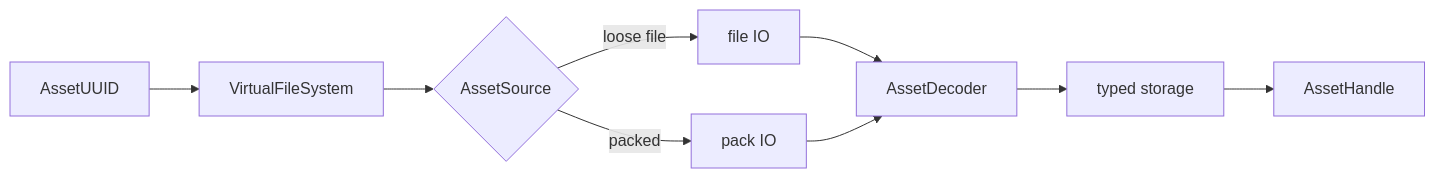
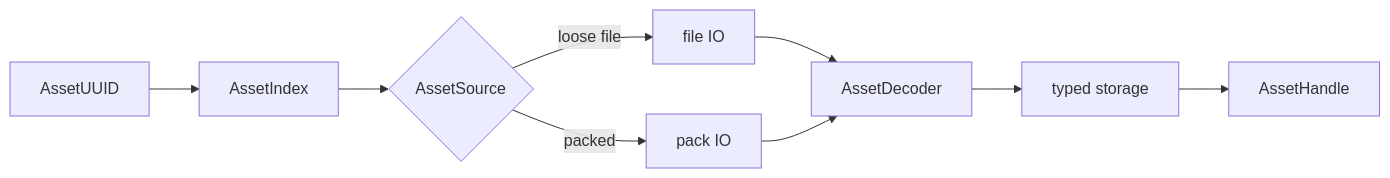
Before and after one commit to eraflo/KhoraEngine: the diagram in docs/src/concepts/assets.md, drawn with Mermaid. The commit also changed 342 other files, not shown here.

````diff
--- a/docs/src/concepts/assets.md
+++ b/docs/src/concepts/assets.md
@@ -36,11 +36,11 @@
 ```mermaid
 flowchart LR
-    A[AssetUUID] --> B[VirtualFileSystem]
+    A[AssetUUID] --> B[AssetIndex]
     B --> C{AssetSource}
     C -->|loose file| D[file IO]
     C -->|packed| E[pack IO]
     D --> F[AssetDecoder]
     E --> F
     F --> G[typed storage]
     G --> H[AssetHandle]
 ```
````
